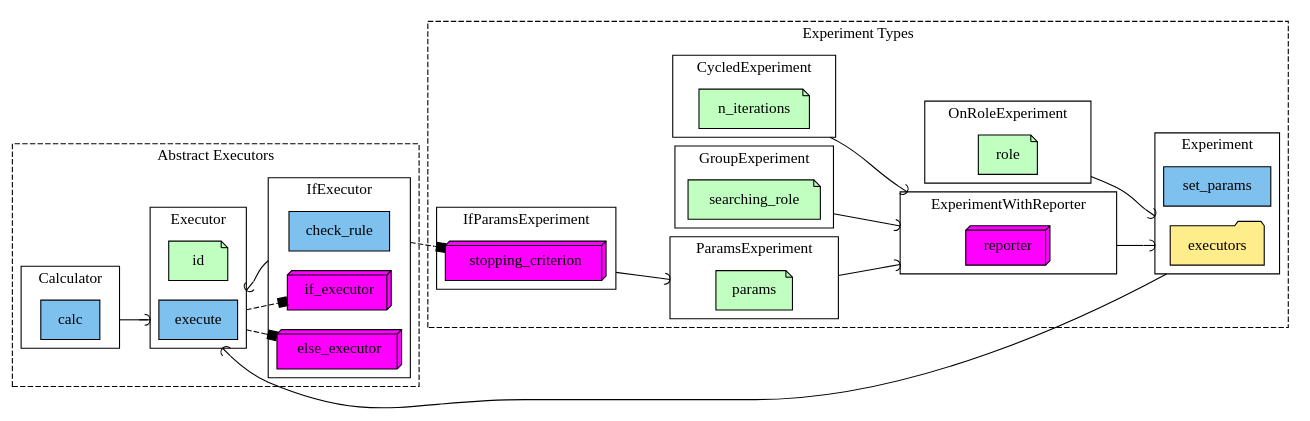
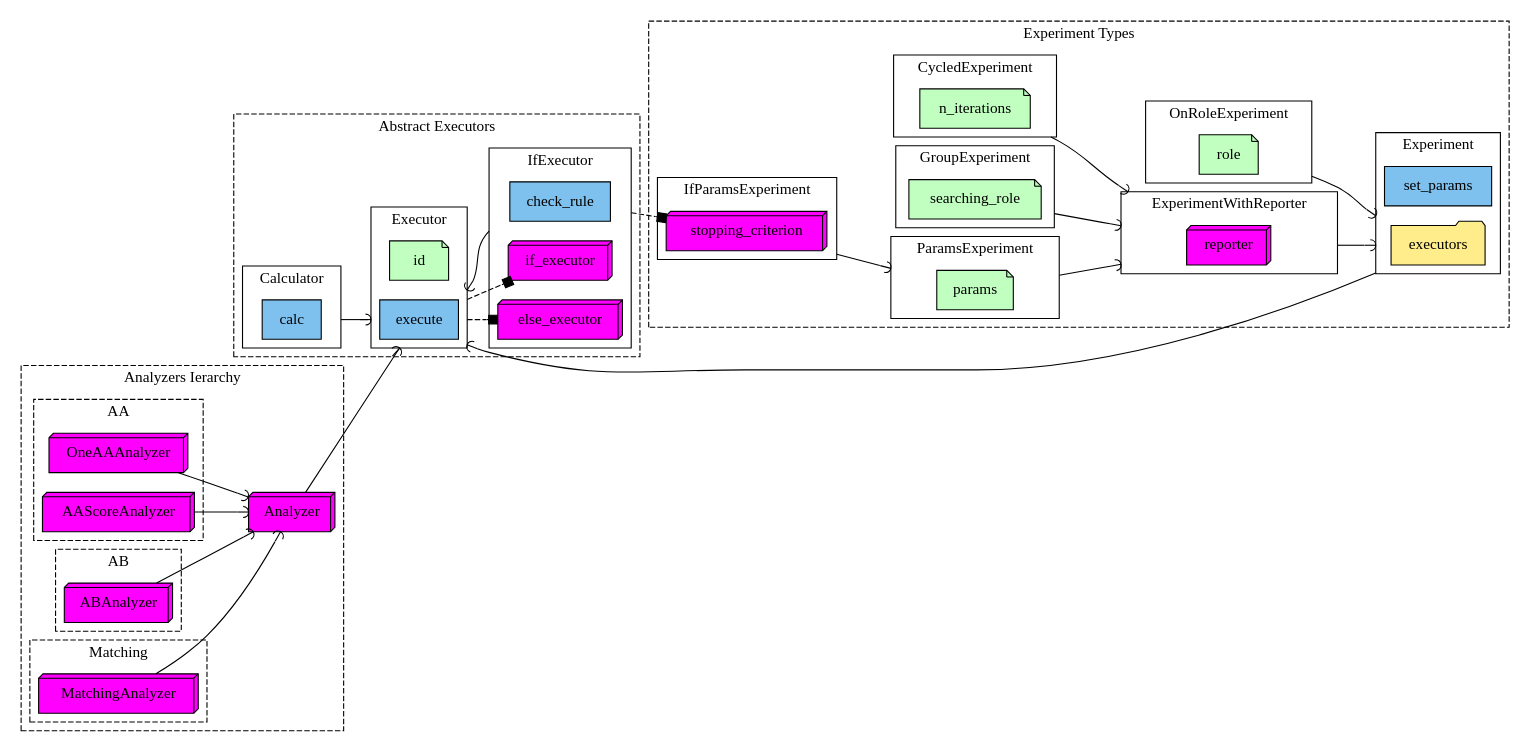
Before and after one commit to sb-ai-lab/HypEx: the diagram in schemes/executors_famaly.dot, drawn with Graphviz.

Commit message:
Add analyzers in executors_famaly.dot

```diff
--- a/schemes/executors_famaly.dot
+++ b/schemes/executors_famaly.dot
@@ -1,152 +1,187 @@
 digraph Architecture{
     rankdir=LR
     node[style="filled"]
     compound=true
 
     subgraph atributes{
         node[shape=note, fillcolor=darkseagreen1]
         id
         role
         n_iterations
         searching_role
         params
     }
 
     subgraph functions{
         node[shape=box, fillcolor=skyblue2]
         execute
         calc
         check_rule
         set_params
     }
 
     subgraph objects{
         node[shape=box3d, fillcolor=fuchsia]
         if_executor
         else_executor
         reporter
         stopping_criterion
+        // Analyzers----------------
+        analyzer[label="Analyzer"]
+        one_aa_analyzer[label="OneAAAnalyzer"]
+        aa_score_analyzer[label="AAScoreAnalyzer"]
+        ab_analyzer[label="ABAnalyzer"]
+        matching_analyzer[label="MatchingAnalyzer"]
     }
 
     subgraph collections{
         node[shape=folder, fillcolor=lightgoldenrod1]
         executors
     }
 
     subgraph cluster_abstract_executors{
         graph[label="Abstract Executors", style="dashed"]
 
          subgraph cluster_executor{
         graph[label="Executor", style="solid"]
         id
         execute
         }
 
         subgraph cluster_calculator{
             graph[label="Calculator", style="solid"]
             calc
         }
         calc -> execute [        
             arrowhead=curve
             ltail=cluster_calculator
             lhead=cluster_executor
         ]
 
         subgraph cluster_if_executor{
             graph[label="IfExecutor", style="solid"]
             check_rule
             if_executor
             else_executor
         }
         check_rule -> execute [        
             arrowhead=curve
             ltail=cluster_if_executor
             lhead=cluster_executor
         ]
         execute -> {if_executor, else_executor} [
             style=dashed
             arrowhead=box
             ltail=cluster_executor
         ]
     }
 
     subgraph cluster_experiments{
         graph[label="Experiment Types", style="dashed"]
 
         subgraph cluster_experiment{
             graph[label="Experiment", style="solid"]
             executors
             set_params
         }
         executors -> execute [        
             arrowhead=curve
             ltail=cluster_experiment
             lhead=cluster_executor
         ]
 
         subgraph cluster_on_role_experiment{
             graph[label="OnRoleExperiment", style="solid"]
             role
         }
         role -> executors [        
             arrowhead=curve
             ltail=cluster_on_role_experiment
             lhead=cluster_experiment
         ]
 
         subgraph cluster_experiment_with_reporter{
             graph[label="ExperimentWithReporter", style="solid"]
             reporter
         }
         reporter -> executors [        
             arrowhead=curve
             ltail=cluster_experiment_with_reporter
             lhead=cluster_experiment
         ]
 
         subgraph cluster_cycled_experiment{
             graph[label="CycledExperiment", style="solid"]
             n_iterations
         }
         n_iterations -> reporter [        
             arrowhead=curve
             ltail=cluster_cycled_experiment
             lhead=cluster_experiment_with_reporter
         ]
 
         subgraph cluster_group_experiment{
             graph[label="GroupExperiment", style="solid"]
             searching_role
         }
         searching_role -> reporter [        
             arrowhead=curve
             ltail=cluster_group_experiment
             lhead=cluster_experiment_with_reporter
         ]
 
         subgraph cluster_params_experiment{
             graph[label="ParamsExperiment", style="solid"]
             params
         }
         params -> reporter [        
             arrowhead=curve
             ltail=cluster_params_experiment
             lhead=cluster_experiment_with_reporter
         ]
 
         subgraph cluster_if_params_experiment{
             graph[label="IfParamsExperiment", style="solid"]
             stopping_criterion
         }
         stopping_criterion -> params [        
             arrowhead=curve
             ltail=cluster_if_params_experiment
             lhead=cluster_params_experiment
         ]
         check_rule -> stopping_criterion [
             style=dashed
             arrowhead=box
             ltail=cluster_if_executor
         ]
     }
+
+    subgraph cluster_analyzers{
+        graph[label="Analyzers Ierarchy", style="dashed"]
+        analyzer
+        subgraph cluster_aa_analyzers{
+            graph[label="AA", style="dashed"]
+            one_aa_analyzer
+            aa_score_analyzer
+        }
+        subgraph cluster_ab_analyzers{
+            graph[label="AB", style="dashed"]
+            ab_analyzer
+        }
+        subgraph cluster_matching_analyzers{
+            graph[label="Matching", style="dashed"]
+            matching_analyzer
+        }
+        analyzer -> execute [        
+            arrowhead=curve
+            lhead=cluster_executor
+        ]
+
+        {
+            one_aa_analyzer,
+            aa_score_analyzer,
+            ab_analyzer,
+            matching_analyzer
+        } -> analyzer [arrowhead=curve]
+    }
 }
```
